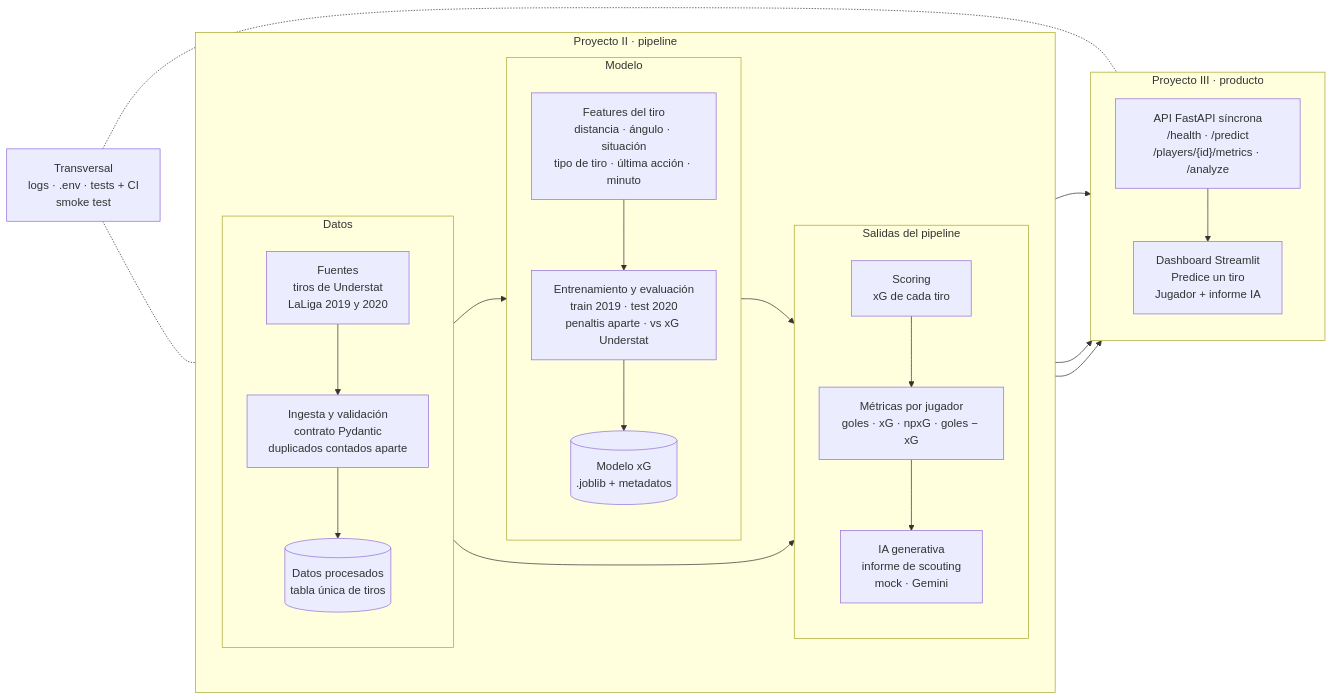
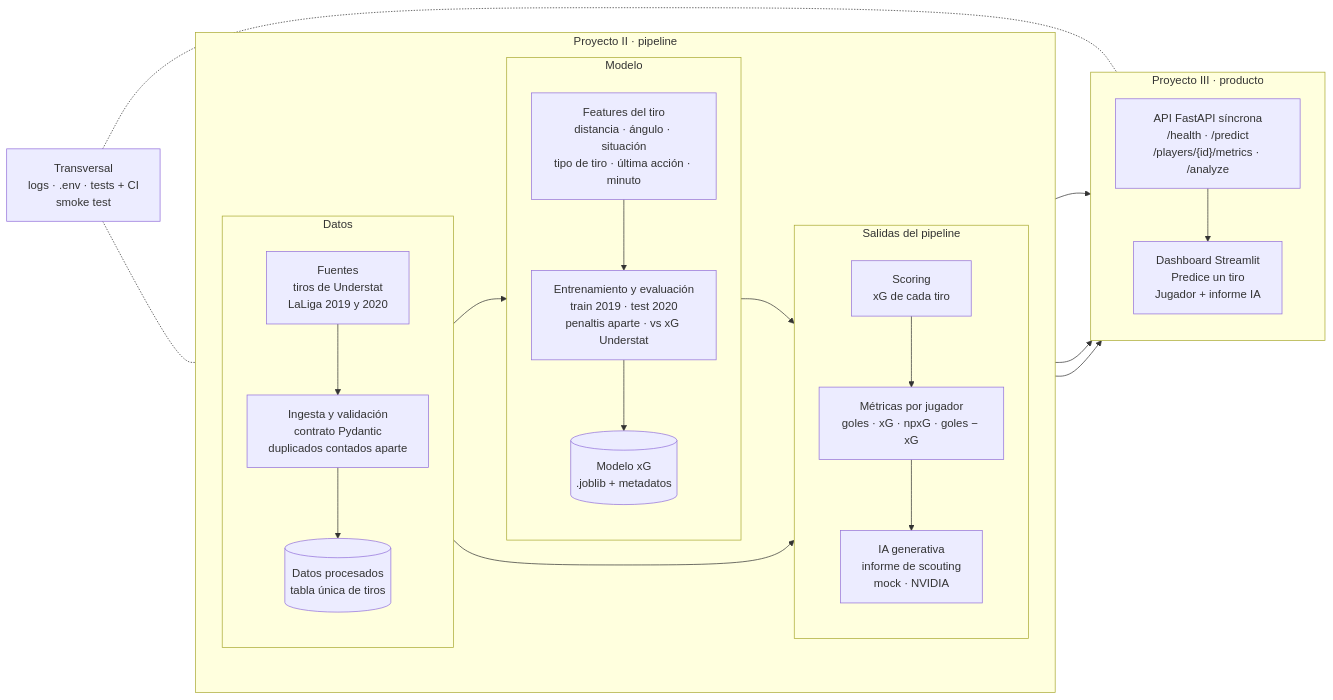
One commit to carlosagustii/dsia-26-27-agusti-carlos changed the diagram in docs/ARQUITECTURA.md. Above: the diagram before and after it, drawn with Mermaid. The commit also changed other lines of this file and 3 other files, not shown here.

````diff
--- a/docs/ARQUITECTURA.md
+++ b/docs/ARQUITECTURA.md
@@ -38,34 +38,34 @@
 ```mermaid
 flowchart LR
   subgraph P2["Proyecto II · pipeline"]
     direction LR
     subgraph DATOS["Datos"]
       direction TB
       F["Fuentes<br/>tiros de Understat<br/>LaLiga 2019 y 2020"] --> I["Ingesta y validación<br/>contrato Pydantic<br/>duplicados contados aparte"] --> D[("Datos procesados<br/>tabla única de tiros")]
     end
     subgraph MODELO["Modelo"]
       direction TB
       FE["Features del tiro<br/>distancia · ángulo · situación<br/>tipo de tiro · última acción · minuto"] --> T["Entrenamiento y evaluación<br/>train 2019 · test 2020<br/>penaltis aparte · vs xG Understat"] --> M[("Modelo xG<br/>.joblib + metadatos")]
     end
     subgraph SALIDAS["Salidas del pipeline"]
       direction TB
-      S["Scoring<br/>xG de cada tiro"] --> P["Métricas por jugador<br/>goles · xG · npxG · goles − xG"] --> G["IA generativa<br/>informe de scouting<br/>mock · Gemini"]
+      S["Scoring<br/>xG de cada tiro"] --> P["Métricas por jugador<br/>goles · xG · npxG · goles − xG"] --> G["IA generativa<br/>informe de scouting<br/>mock · NVIDIA"]
     end
   end
 
   subgraph P3["Proyecto III · producto"]
     direction TB
     A["API FastAPI síncrona<br/>/health · /predict<br/>/players/{id}/metrics · /analyze"] --> C["Dashboard Streamlit<br/>Predice un tiro<br/>Jugador + informe IA"]
   end
 
   X["Transversal<br/>logs · .env · tests + CI<br/>smoke test"]
 
   D --> FE
   M --> S
   D --> S
   M --> A
   P --> A
   G --> A
   X -.- P2
   X -.- P3
 ```
````
